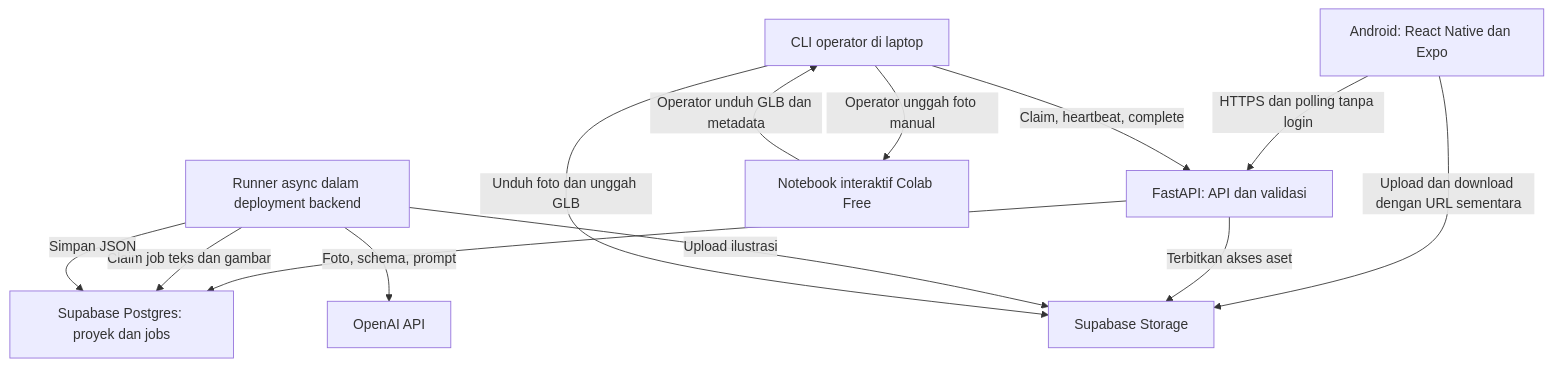
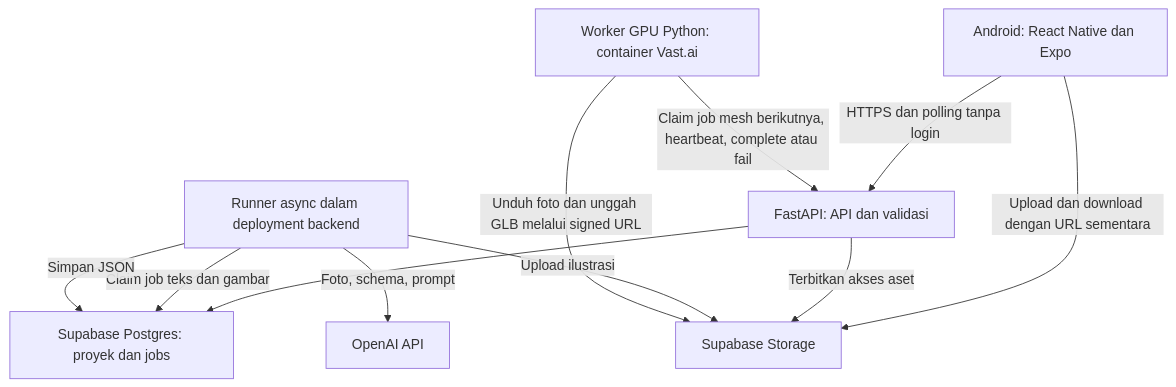
One commit to aureliajenn/BEKAS changed the second of 2 diagrams in PRD.md. Above: the diagram before and after it, drawn with Mermaid. The commit also changed other lines of this file and 70 other files, not shown here.

Commit message:
feat: implement backend and gpu worker

````diff
--- a/PRD.md
+++ b/PRD.md
@@ -146,15 +146,13 @@
 ```mermaid
 flowchart TD
     APP[Android: React Native dan Expo] -->|HTTPS dan polling tanpa login| API[FastAPI: API dan validasi]
     APP -->|Upload dan download dengan URL sementara| STORE[Supabase Storage]
     API --> DB[Supabase Postgres: proyek dan jobs]
     API -->|Terbitkan akses aset| STORE
     CPU[Runner async dalam deployment backend] -->|Claim job teks dan gambar| DB
     CPU -->|Foto, schema, prompt| OAI[OpenAI API]
     CPU -->|Simpan JSON| DB
     CPU -->|Upload ilustrasi| STORE
-    OP[CLI operator di laptop] -->|Claim, heartbeat, complete| API
-    OP -->|Unduh foto dan unggah GLB| STORE
-    OP -->|Operator unggah foto manual| GPU[Notebook interaktif Colab Free]
-    GPU -->|Operator unduh GLB dan metadata| OP
+    GPU[Worker GPU Python: container Vast.ai] -->|Claim job mesh berikutnya, heartbeat, complete atau fail| API
+    GPU -->|Unduh foto dan unggah GLB melalui signed URL| STORE
 ```
````
